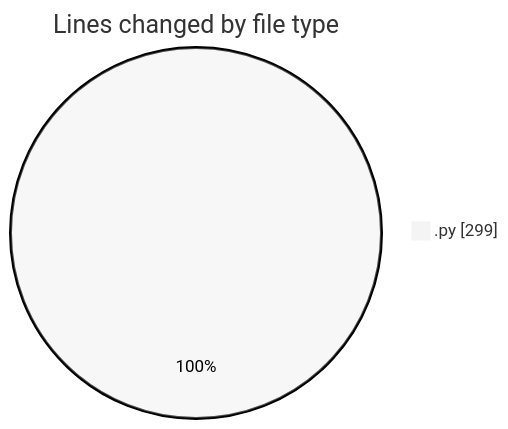
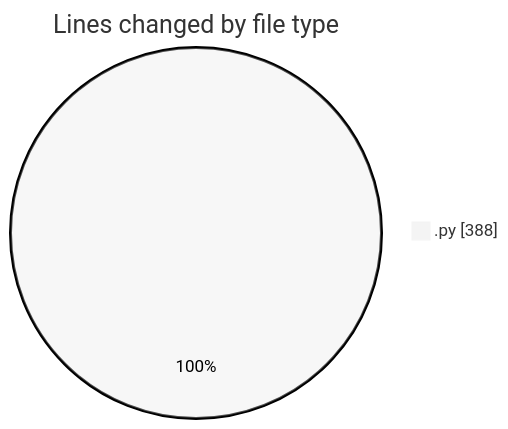
One commit to momahboobian/code-tracking changed the first of 2 diagrams in 2025-06-25/samplepdf/README.md. Above: the diagram before and after it, drawn with Mermaid (neutral theme). The commit also changed other lines of this file and 1 other file, not shown here.

````diff
--- a/2025-06-25/samplepdf/README.md
+++ b/2025-06-25/samplepdf/README.md
@@ -21,5 +22,5 @@
 ```mermaid
 pie showData
 title Lines changed by file type
-".py" : 299
+".py" : 388
 ```
````
